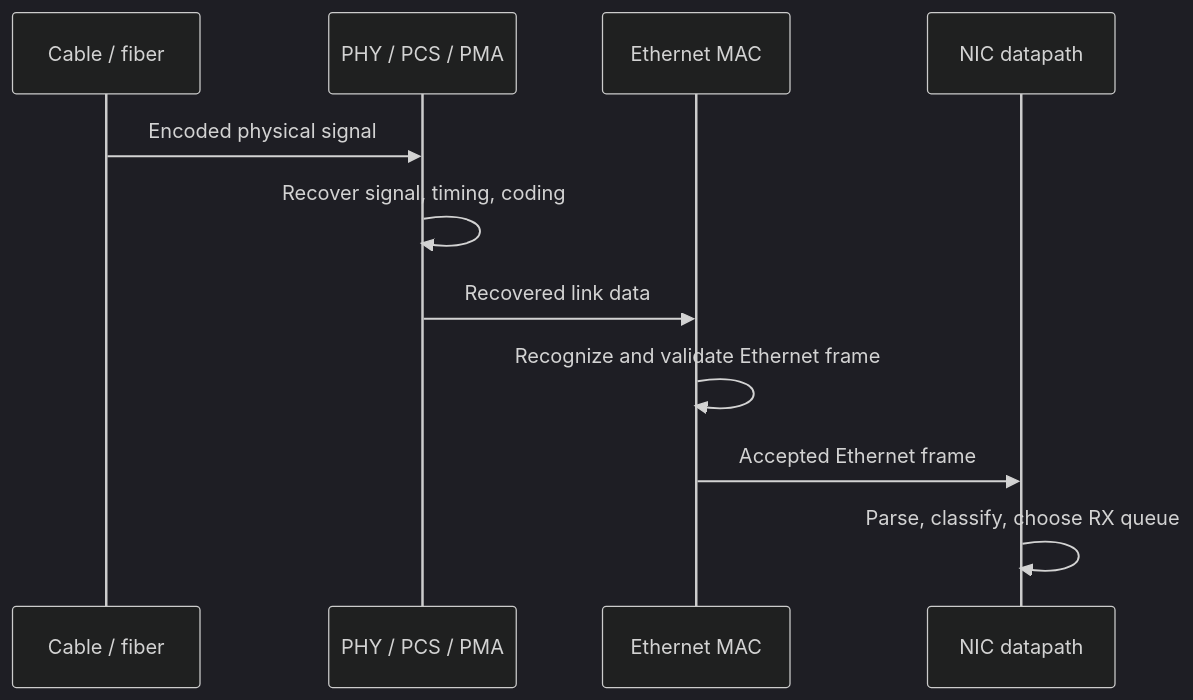
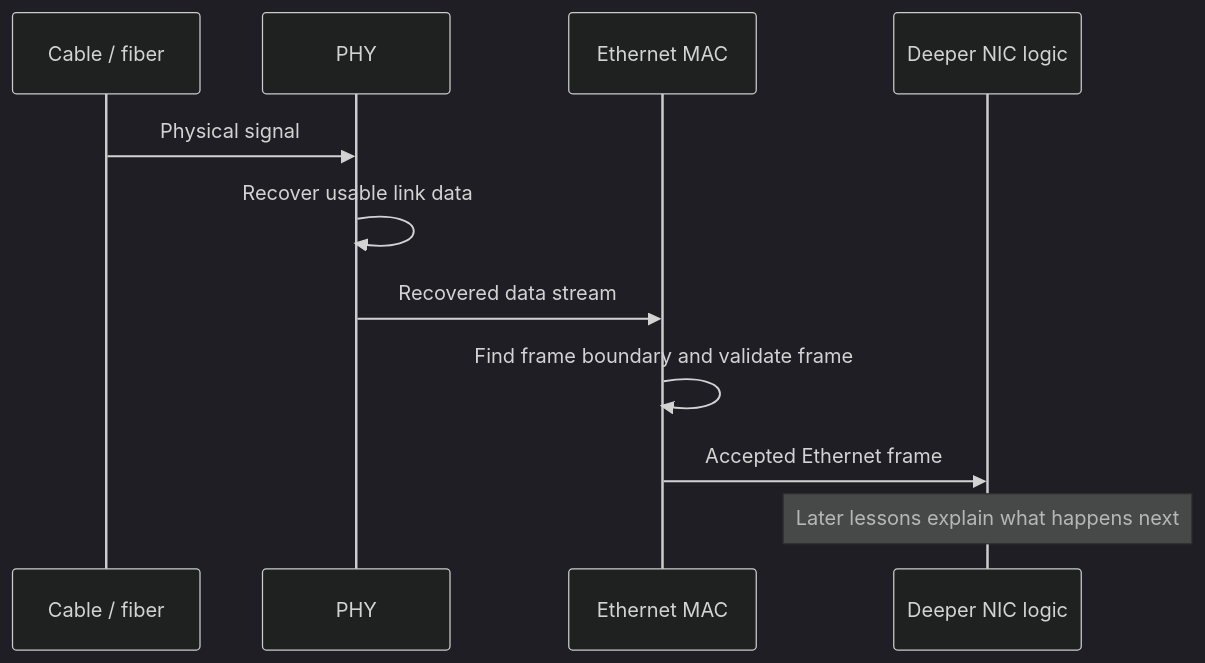
Before and after one commit to spencerbug/spencerbug.github.io: the seventh of 8 diagrams in courses/nic-firmware/02-ethernet-wire-to-mac.md, drawn with Mermaid (dark theme). The commit also changed other lines of this file, not shown here.

Commit message:
Revise NIC module 2 from learner feedback

````diff
--- a/courses/nic-firmware/02-ethernet-wire-to-mac.md
+++ b/courses/nic-firmware/02-ethernet-wire-to-mac.md
@@ -240,14 +361,14 @@
 ```mermaid
 sequenceDiagram
     participant Wire as Cable / fiber
-    participant PHY as PHY / PCS / PMA
+    participant PHY as PHY
     participant MAC as Ethernet MAC
-    participant DP as NIC datapath
+    participant NIC as Deeper NIC logic
 
-    Wire->>PHY: Encoded physical signal
-    PHY->>PHY: Recover signal, timing, coding
-    PHY->>MAC: Recovered link data
-    MAC->>MAC: Recognize and validate Ethernet frame
-    MAC->>DP: Accepted Ethernet frame
-    DP->>DP: Parse, classify, choose RX queue
+    Wire->>PHY: Physical signal
+    PHY->>PHY: Recover usable link data
+    PHY->>MAC: Recovered data stream
+    MAC->>MAC: Find frame boundary and validate frame
+    MAC->>NIC: Accepted Ethernet frame
+    Note over NIC: Later lessons explain what happens next
 ```
````
